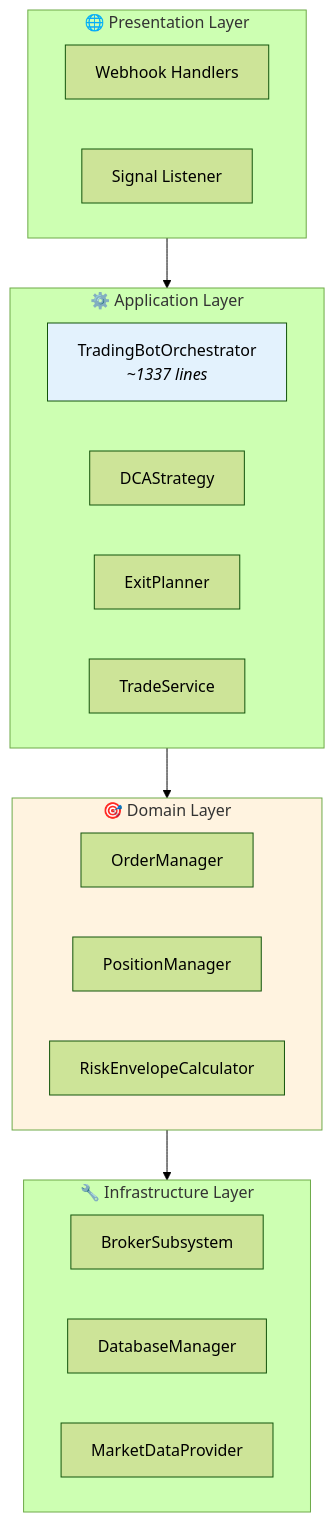
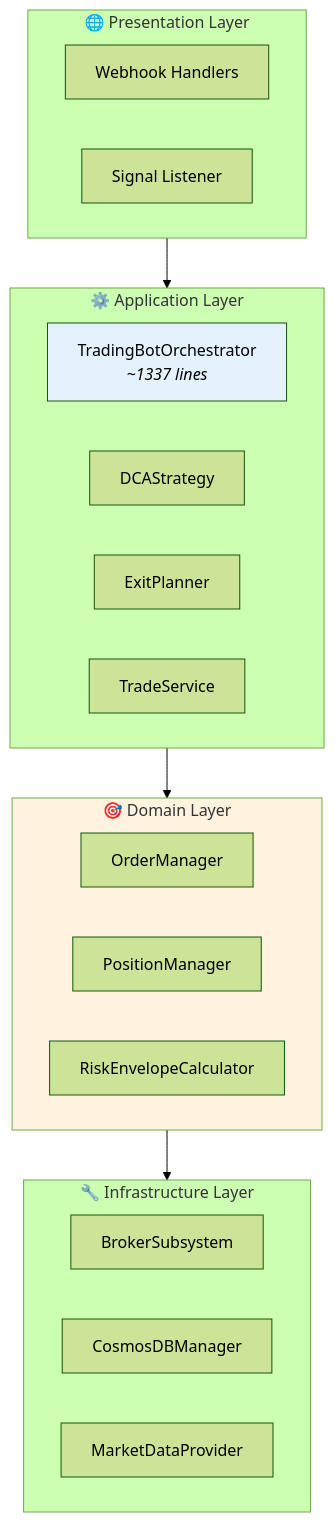
Before and after one commit to nirnaykhatri/alpha-trader: the tenth of 13 diagrams in README.md, drawn with Mermaid (forest theme). The commit also changed other lines of this file and 164 other files, not shown here.

````diff
--- a/README.md
+++ b/README.md
@@ -366,33 +366,33 @@
 ```mermaid
 flowchart TB
     subgraph Presentation["🌐 Presentation Layer"]
         WH["Webhook Handlers"]
         SL["Signal Listener"]
     end
     
     subgraph Application["⚙️ Application Layer"]
         ORCH["TradingBotOrchestrator<br/><i>~1337 lines</i>"]
         STRAT["DCAStrategy"]
         EXIT["ExitPlanner"]
         TRADE["TradeService"]
     end
     
     subgraph Domain["🎯 Domain Layer"]
         OM["OrderManager"]
         PM["PositionManager"]
         RM["RiskEnvelopeCalculator"]
     end
     
     subgraph Infrastructure["🔧 Infrastructure Layer"]
         BS["BrokerSubsystem"]
-        DB["DatabaseManager"]
+        DB["CosmosDBManager"]
         MD["MarketDataProvider"]
     end
     
     Presentation --> Application
     Application --> Domain
     Domain --> Infrastructure
     
     style ORCH fill:#E3F2FD
     style Domain fill:#FFF3E0
 ```
````
